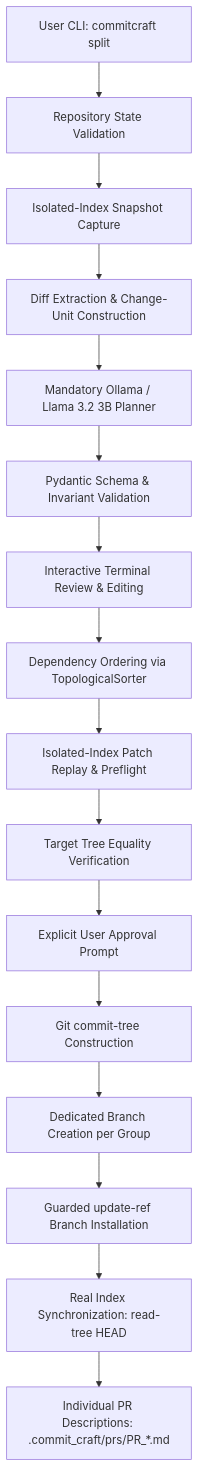
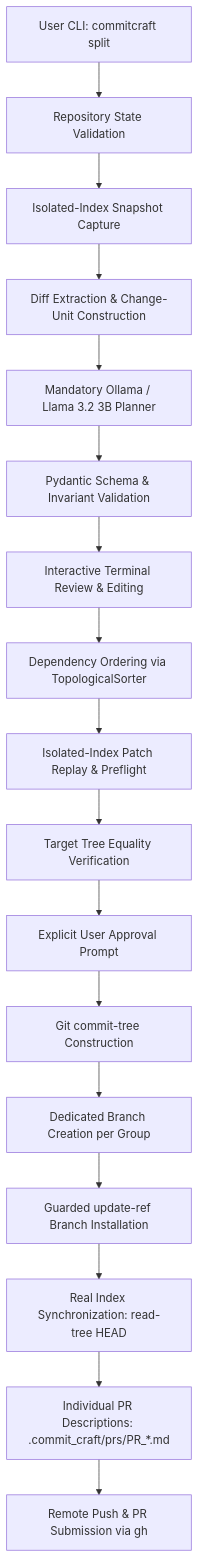
One commit to Team-NoName-Devs/CommitCraft changed the diagram in README.md. Above: the diagram before and after it, drawn with Mermaid. The commit also changed other lines of this file and 8 other files, not shown here.

````diff
--- a/README.md
+++ b/README.md
@@ -28,18 +28,19 @@
 ```mermaid
 flowchart TD
     A[User CLI: commitcraft split] --> B[Repository State Validation]
     B --> C[Isolated-Index Snapshot Capture]
     C --> D[Diff Extraction & Change-Unit Construction]
     D --> E[Mandatory Ollama / Llama 3.2 3B Planner]
     E --> F[Pydantic Schema & Invariant Validation]
     F --> G[Interactive Terminal Review & Editing]
     G --> H[Dependency Ordering via TopologicalSorter]
     H --> I[Isolated-Index Patch Replay & Preflight]
     I --> J[Target Tree Equality Verification]
     J --> K[Explicit User Approval Prompt]
     K --> L[Git commit-tree Construction]
     L --> M[Dedicated Branch Creation per Group]
     M --> N[Guarded update-ref Branch Installation]
     N --> O[Real Index Synchronization: read-tree HEAD]
     O --> P[Individual PR Descriptions: .commit_craft/prs/PR_*.md]
+    P --> Q[Remote Push & PR Submission via gh]
 ```
````
